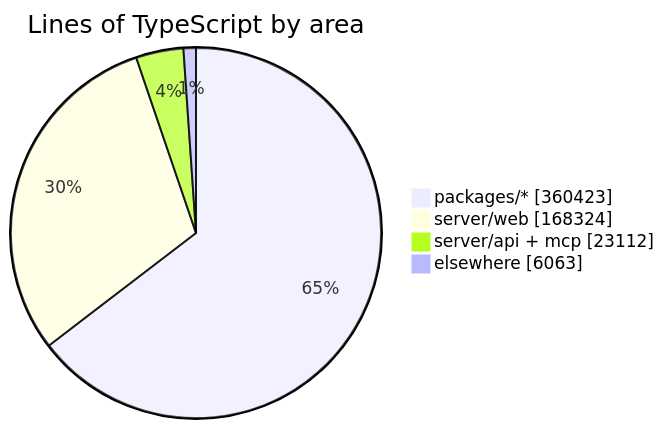
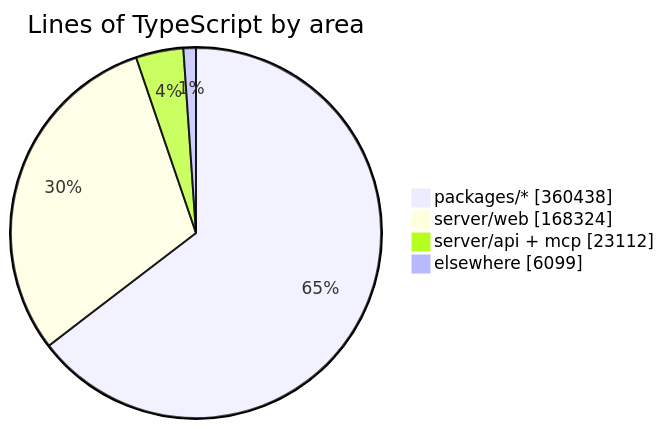
Before and after one commit to crossworks-engineering/mantle: the diagram in README.md, drawn with Mermaid. The commit also changed other lines of this file and 2 other files, not shown here.

````diff
--- a/README.md
+++ b/README.md
@@ -294,7 +294,7 @@
 ```mermaid
 pie showData title Lines of TypeScript by area
-    "packages/*" : 360423
+    "packages/*" : 360438
     "server/web" : 168324
     "server/api + mcp" : 23112
-    "elsewhere" : 6063
+    "elsewhere" : 6099
 ```
````
